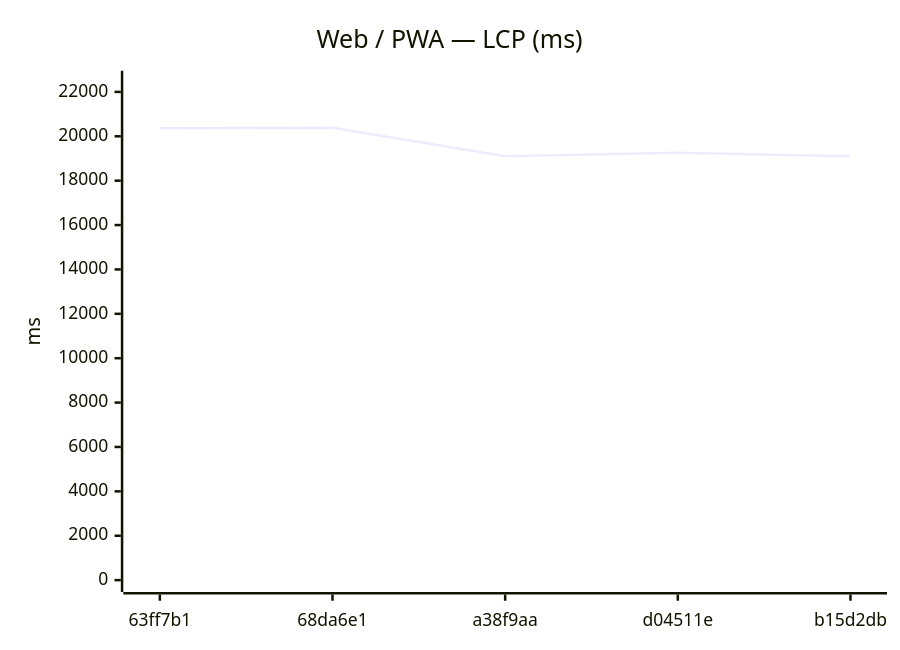
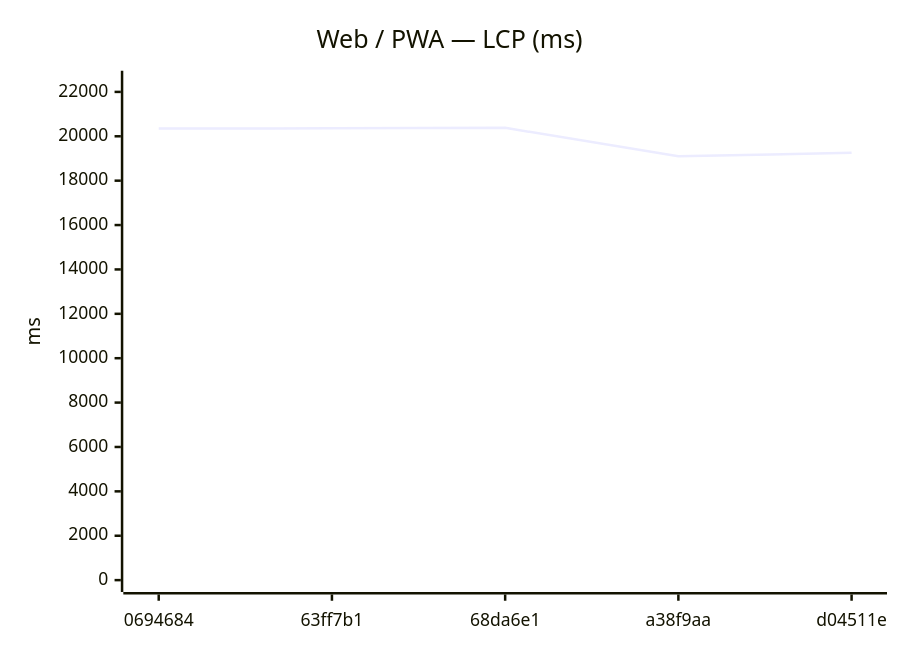
One commit to Metaheurist/Rianell changed the seventh of 18 diagrams in benchmarks/compare.md. Above: the diagram before and after it, drawn with Mermaid. The commit also changed other lines of this file and 11 other files, not shown here.

````diff
--- a/benchmarks/compare.md
+++ b/benchmarks/compare.md
@@ -117,7 +117,7 @@
 ```mermaid
 xychart-beta
     title "Web / PWA — LCP (ms)"
-    x-axis ["63ff7b1", "68da6e1", "a38f9aa", "d04511e", "b15d2db"]
+    x-axis ["0694684", "63ff7b1", "68da6e1", "a38f9aa", "d04511e"]
     y-axis "ms" 0 --> 22418
-    line [20361, 20380, 19099, 19257, 19097]
+    line [20346, 20361, 20380, 19099, 19257]
 ```
````
